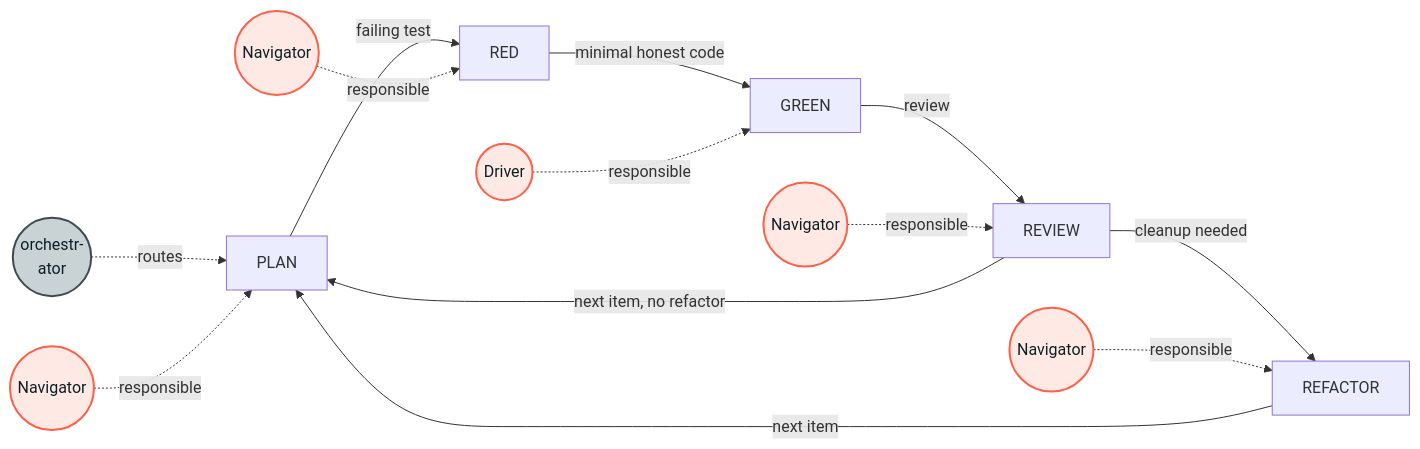
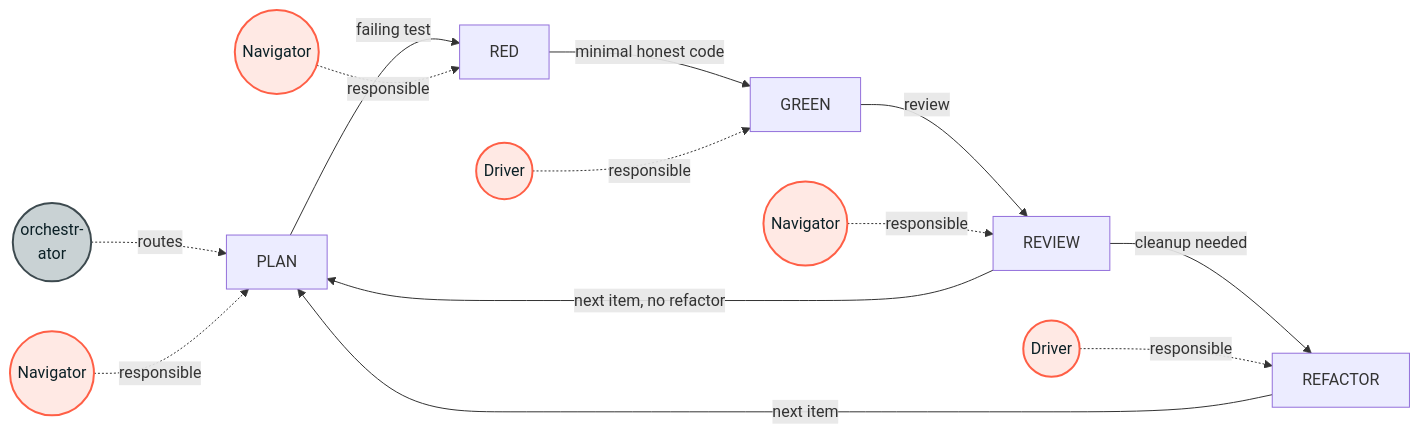
The seventh of 9 diagrams in skills/lakebase-sftdd-workflows/references/workflow-state-machine.md (databricks-solutions/lakebase-app-dev-kit), drawn with Mermaid before and after one commit.

Commit message:
docs(sftdd): fix Beck-cycle REFACTOR role to Driver, not Navigator
In the TDD loop diagram the REFACTOR step was attributed to the Navigator. Per
the kit (agents/driver.md), the Navigator REQUESTS a refactor during REVIEW but
the Driver APPLIES it (GREEN + REFACTOR are the Driver's steps). Reassign the
REFACTOR responsible-edge to a Driver node.

````diff
--- a/skills/lakebase-sftdd-workflows/references/workflow-state-machine.md
+++ b/skills/lakebase-sftdd-workflows/references/workflow-state-machine.md
@@ -223,20 +223,20 @@
 ```mermaid
 flowchart LR
     ORCH(("orchestr-<br/>ator")) -. routes .-> PLANb
     NAV1(("Navigator")) -. responsible .-> PLANb
     PLANb["PLAN"] -->|failing test| RED
     NAV2(("Navigator")) -. responsible .-> RED
     RED -->|minimal honest code| GREEN
     DRV(("Driver")) -. responsible .-> GREEN
     GREEN -->|review| REVIEW
     NAV3(("Navigator")) -. responsible .-> REVIEW
     REVIEW -->|cleanup needed| REFACTOR
-    NAV4(("Navigator")) -. responsible .-> REFACTOR
+    DRV2(("Driver")) -. responsible .-> REFACTOR
     REFACTOR -->|next item| PLANb
     REVIEW -->|next item, no refactor| PLANb
 
     classDef role fill:#FFE9E4,stroke:#FF5F46,stroke-width:2px,color:#0B2026;
     classDef orch fill:#C9D2D4,stroke:#3D4A4F,stroke-width:2px,color:#0B2026;
-    class NAV1,NAV2,NAV3,NAV4,DRV role;
+    class NAV1,NAV2,NAV3,DRV,DRV2 role;
     class ORCH orch;
 ```
````
